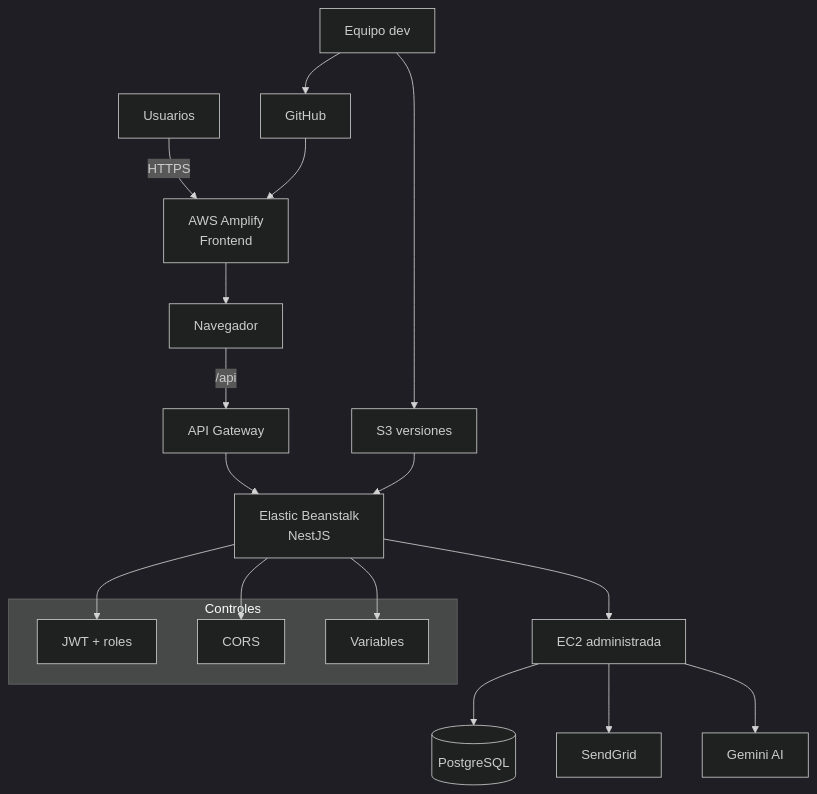
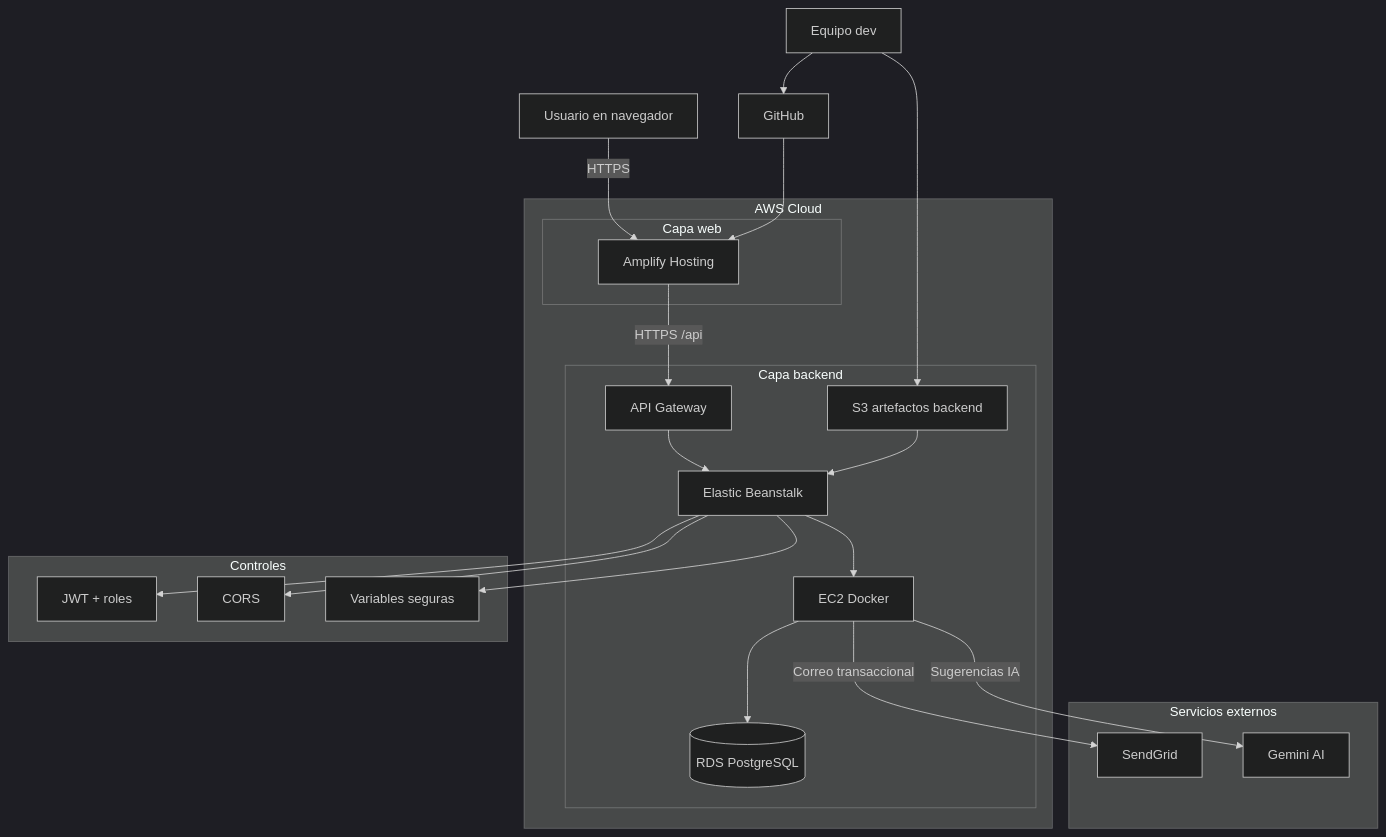
The diagram in docs/diagramas/14_despliegue_aws.mmd (Proyecto-grado-ucc/proyectoGrado-server), drawn with Mermaid (dark theme) before and after one commit. The commit also changed 34 other files, not shown here.

Commit message:
docs: refine architecture diagrams

```diff
--- a/docs/diagramas/14_despliegue_aws.mmd
+++ b/docs/diagramas/14_despliegue_aws.mmd
@@ -1,24 +1,37 @@
 flowchart TD
-  U["Usuarios"] -->|HTTPS| AMP["AWS Amplify<br/>Frontend"]
-  AMP --> BR["Navegador"]
-  BR -->|/api| GW["API Gateway"]
-  GW --> EB["Elastic Beanstalk<br/>NestJS"]
-  EB --> EC2["EC2 administrada"]
-  EC2 --> DB[("PostgreSQL")]
-  EC2 --> SG["SendGrid"]
-  EC2 --> GM["Gemini AI"]
+  U["Usuario en navegador"] -->|HTTPS| AMP["Amplify Hosting"]
 
+  subgraph AWS["AWS Cloud"]
+    subgraph WEB["Capa web"]
+      AMP
+    end
+    subgraph BE["Capa backend"]
+      GW["API Gateway"] --> EB["Elastic Beanstalk"]
+      EB --> EC2["EC2 Docker"]
+      EC2 --> DB[("RDS PostgreSQL")]
+      S3["S3 artefactos backend"] --> EB
+    end
+  end
+
+  AMP -->|HTTPS /api| GW
+
+  subgraph EXT["Servicios externos"]
+    SG["SendGrid"]
+    GM["Gemini AI"]
+  end
+
+  EC2 -->|Correo transaccional| SG
+  EC2 -->|Sugerencias IA| GM
   DEV["Equipo dev"] --> GH["GitHub"]
   GH --> AMP
-  DEV --> S3["S3 versiones"]
-  S3 --> EB
+  DEV --> S3
 
   subgraph SEC["Controles"]
     JWT["JWT + roles"]
     CORS["CORS"]
-    ENV["Variables"]
+    ENV["Variables seguras"]
   end
 
   EB --> JWT
   EB --> CORS
   EB --> ENV
```
